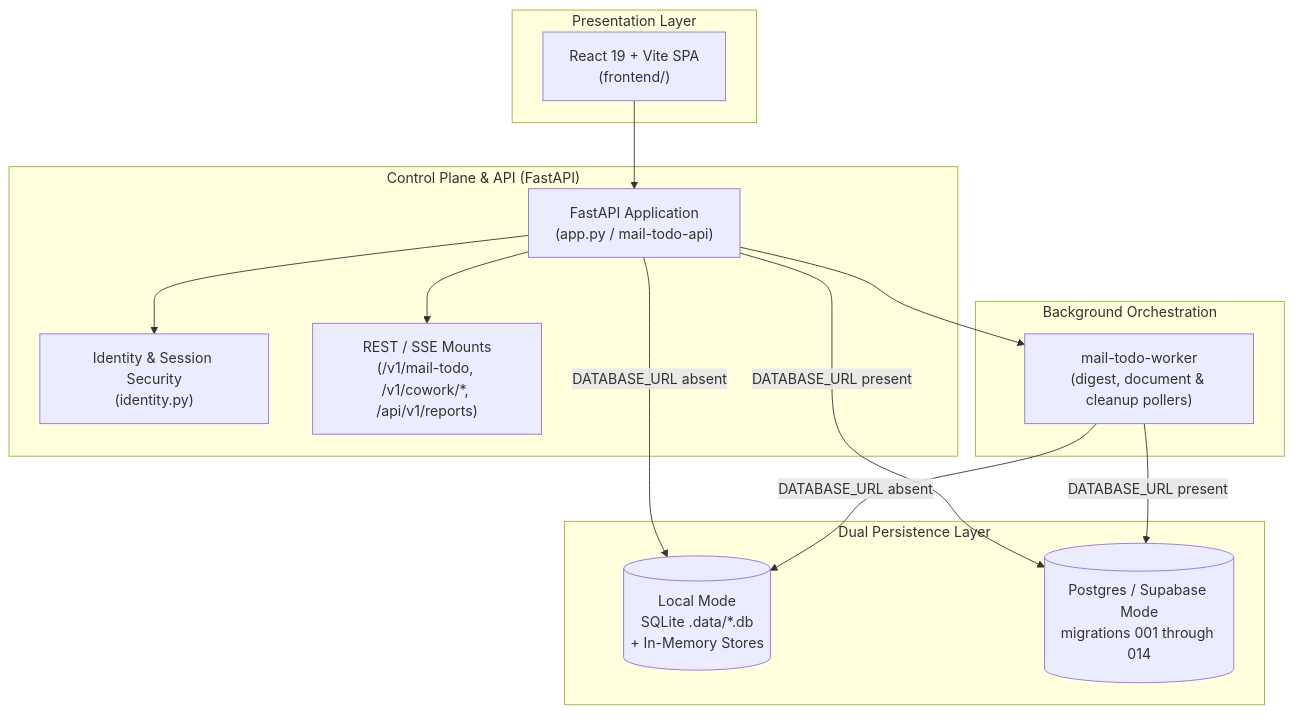
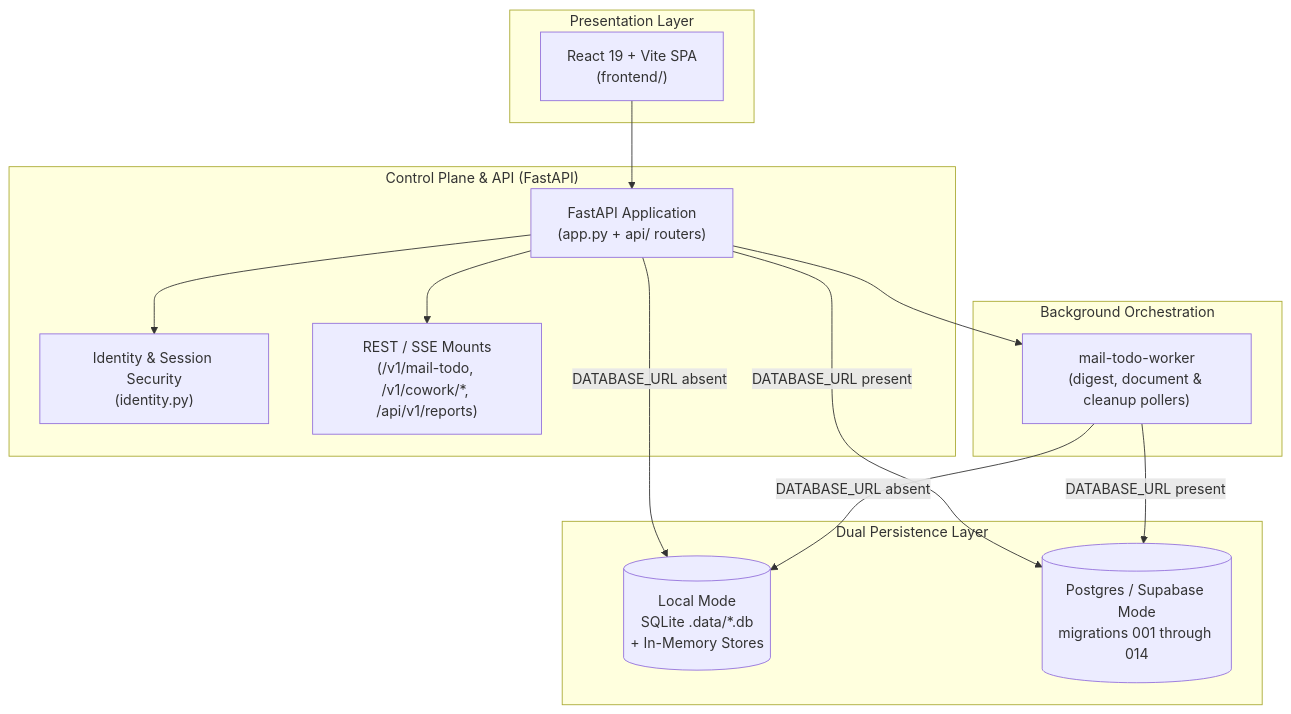
Before and after one commit to MathematicGuy/EMAIL-AGENT-v1: the diagram in docs/architectures/current-architectures/03-control-plane-persistence-and-uis.md, drawn with Mermaid. The commit also changed other lines of this file and 6 other files, not shown here.

First line of the commit message:
refactor(api): retire the last untyped app.state fallback; ADR-015 + docs

````diff
--- a/docs/architectures/current-architectures/03-control-plane-persistence-and-uis.md
+++ b/docs/architectures/current-architectures/03-control-plane-persistence-and-uis.md
@@ -15,31 +15,31 @@
 ```mermaid
 flowchart TB
     subgraph PRESENTATION["Presentation Layer"]
         REACT["React 19 + Vite SPA<br/>(frontend/)"]
     end
 
     subgraph CONTROL["Control Plane & API (FastAPI)"]
-        APP["FastAPI Application<br/>(app.py / mail-todo-api)"]
+        APP["FastAPI Application<br/>(app.py + api/ routers)"]
         AUTH["Identity & Session Security<br/>(identity.py)"]
         ROUTES["REST / SSE Mounts<br/>(/v1/mail-todo, /v1/cowork/*, /api/v1/reports)"]
     end
 
     subgraph WORKERS["Background Orchestration"]
         WORKER["mail-todo-worker<br/>(digest, document & cleanup pollers)"]
     end
 
     subgraph PERSISTENCE["Dual Persistence Layer"]
         LOCAL[("Local Mode<br/>SQLite .data/*.db<br/>+ In-Memory Stores")]
         PG[("Postgres / Supabase Mode<br/>migrations 001 through 014")]
     end
 
     REACT --> APP
     APP --> AUTH
     APP --> ROUTES
     APP --> WORKER
 
     APP -->|DATABASE_URL absent| LOCAL
     APP -->|DATABASE_URL present| PG
     WORKER -->|DATABASE_URL present| PG
     WORKER -->|DATABASE_URL absent| LOCAL
 ```
````
